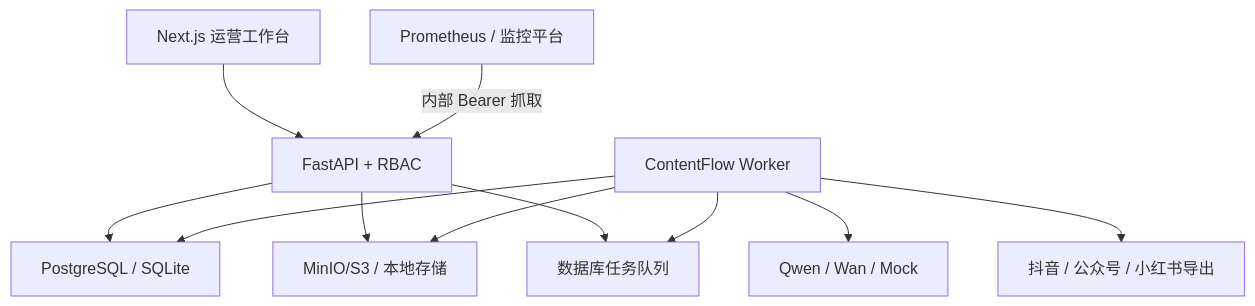
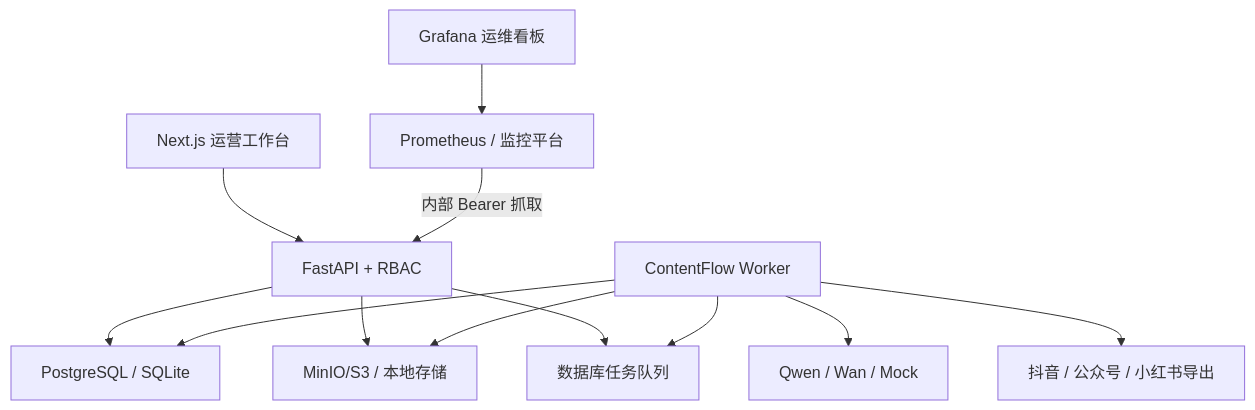
Before and after one commit to heee000/ContentFlow: the diagram in docs/architecture.md, drawn with Mermaid. The commit also changed other lines of this file and 18 other files, not shown here.

````diff
--- a/docs/architecture.md
+++ b/docs/architecture.md
@@ -7,13 +7,14 @@
 ```mermaid
 flowchart TB
     Web["Next.js 运营工作台"] --> API["FastAPI + RBAC"]
-    Prometheus["Prometheus / 监控平台"] -->|"内部 Bearer 抓取"| API
+    Grafana["Grafana 运维看板"] --> Prometheus["Prometheus / 监控平台"]
+    Prometheus -->|"内部 Bearer 抓取"| API
     API --> DB["PostgreSQL / SQLite"]
     API --> Object["MinIO/S3 / 本地存储"]
     API --> Queue["数据库任务队列"]
     Worker["ContentFlow Worker"] --> Queue
     Worker --> DB
     Worker --> Object
     Worker --> Models["Qwen / Wan / Mock"]
     Worker --> Platforms["抖音 / 公众号 / 小红书导出"]
 ```
````
